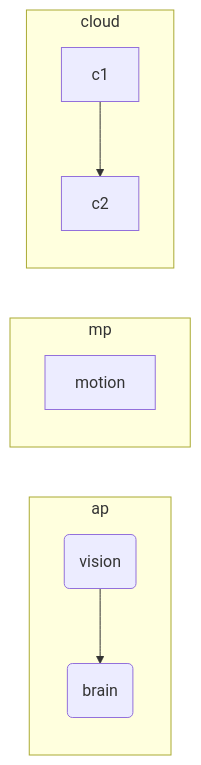
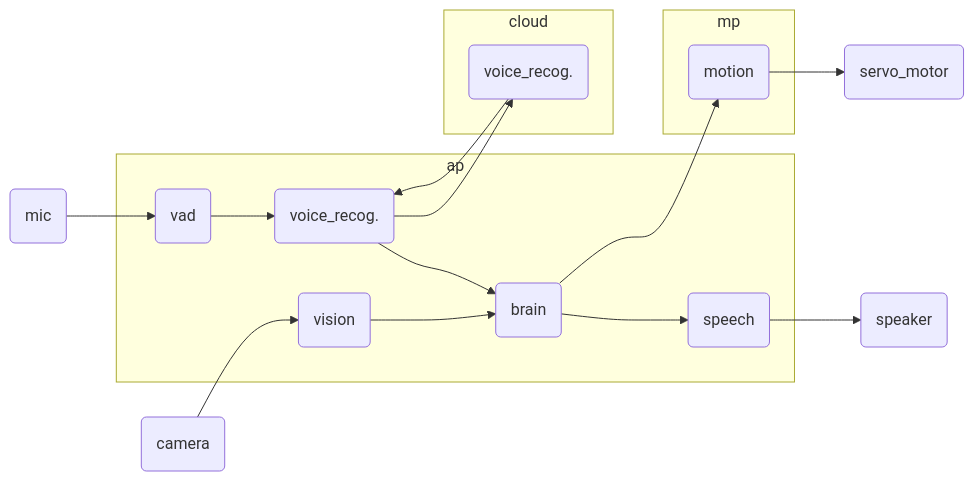
The diagram in docs/res/images/mermaid/overview_sw_arch.mmd (nacai/avocado), drawn with Mermaid before and after one commit. The commit also changed 1 other file, not shown here.

```diff
--- a/docs/res/images/mermaid/overview_sw_arch.mmd
+++ b/docs/res/images/mermaid/overview_sw_arch.mmd
@@ -1,12 +1,34 @@
 graph LR
+    camera(camera)
+    mic(mic)
+    speaker(speaker)
+    servo_motor(servo_motor)
     subgraph ap
+        brain(brain)
         vision(vision)
-        brain(brain)
-        vision-->brain
+        vad(vad)
+        voice_recog(voice_recog.)
+        speech(speech)
     end
     subgraph mp
-        motion
+        motion(motion)
     end
     subgraph cloud
-        c1-->c2
+        voice_recog_cl(voice_recog.)
     end
+
+    mic-->vad
+    vad-->voice_recog
+    speech-->speaker
+    camera-->vision
+
+    vision-->brain
+    voice_recog-->brain
+    
+    voice_recog-->voice_recog_cl
+    voice_recog_cl-->voice_recog
+
+    brain-->speech
+    brain-->motion
+
+    motion-->servo_motor
```
